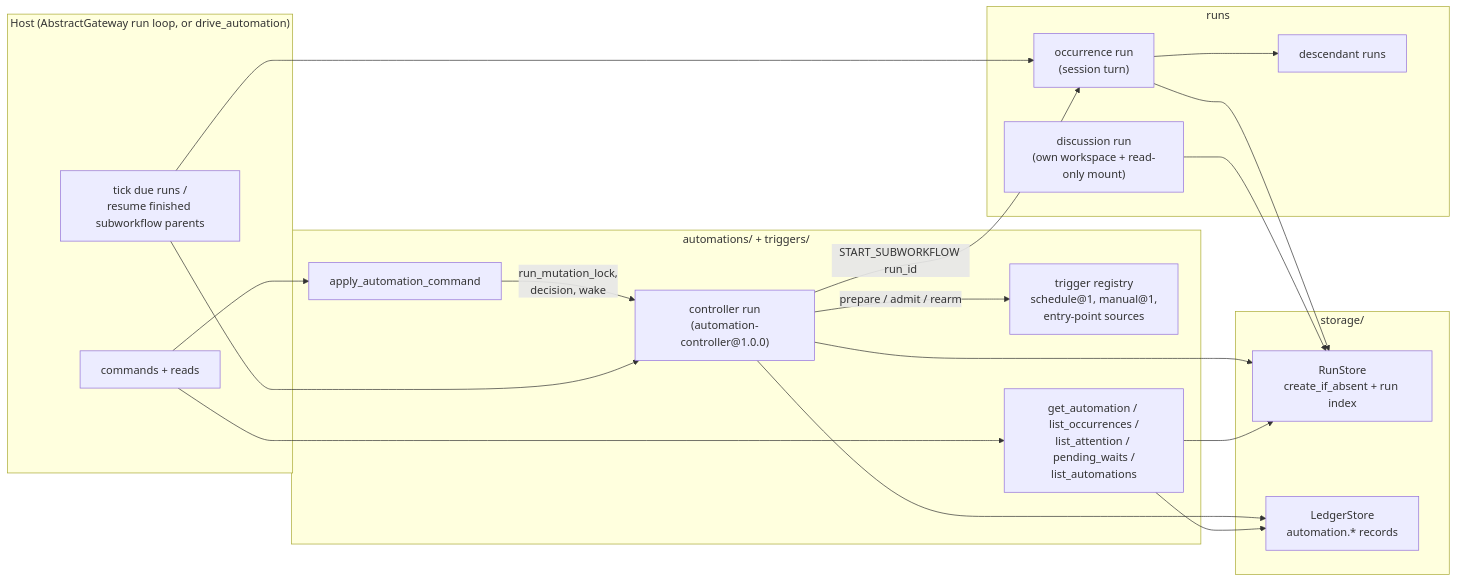
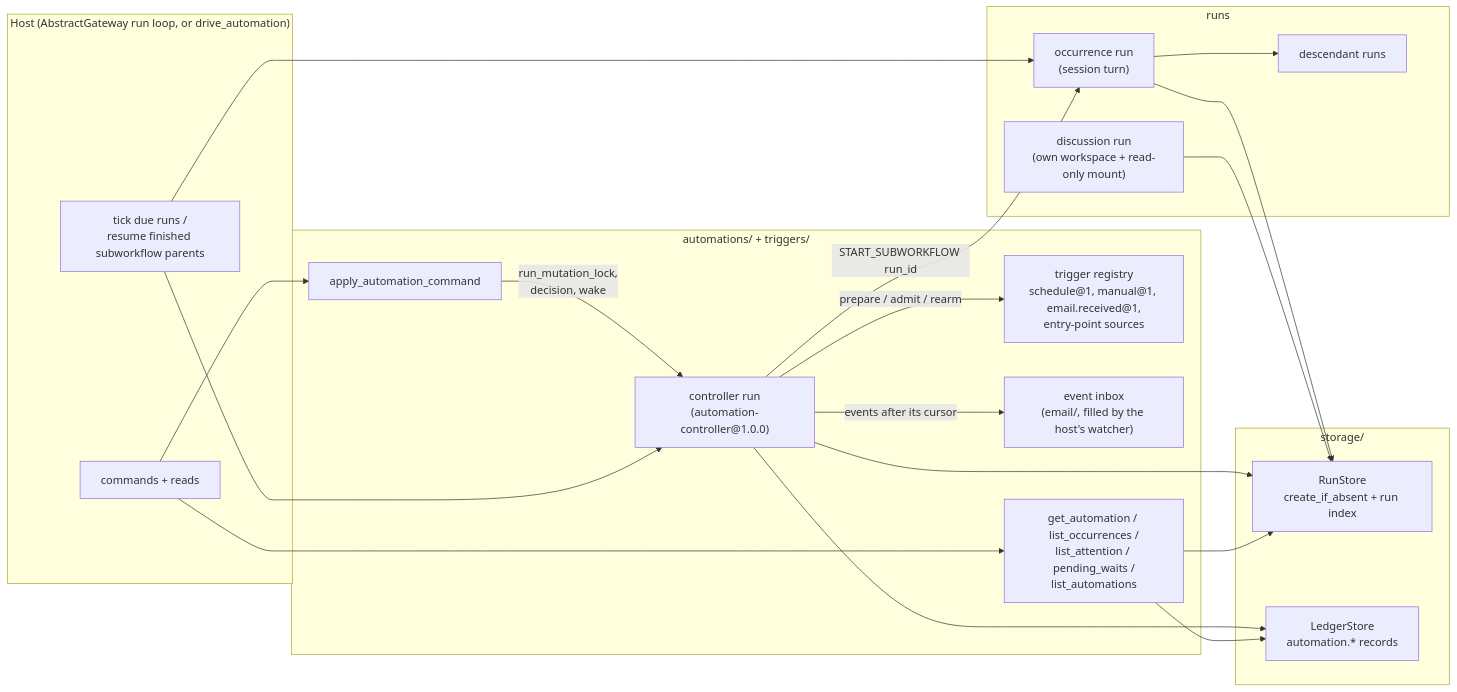
Before and after one commit to lpalbou/AbstractRuntime: the seventh of 7 diagrams in docs/architecture.md, drawn with Mermaid. The commit also changed other lines of this file and 15 other files, not shown here.

````diff
--- a/docs/architecture.md
+++ b/docs/architecture.md
@@ -326,37 +326,39 @@
 ```mermaid
 flowchart LR
   subgraph Host["Host (AbstractGateway run loop, or drive_automation)"]
     Loop["tick due runs /<br/>resume finished subworkflow parents"]
     API["commands + reads"]
   end
   subgraph Automations["automations/ + triggers/"]
     Commands["apply_automation_command"]
     Controller["controller run<br/>(automation-controller@1.0.0)"]
-    Triggers["trigger registry<br/>schedule@1, manual@1,<br/>entry-point sources"]
+    Triggers["trigger registry<br/>schedule@1, manual@1, email.received@1,<br/>entry-point sources"]
+    Inbox["event inbox<br/>(email/, filled by the host's watcher)"]
     Queries["get_automation / list_occurrences /<br/>list_attention / pending_waits /<br/>list_automations"]
   end
   subgraph Runs["runs"]
     Occ["occurrence run<br/>(session turn)"]
     Desc["descendant runs"]
     Disc["discussion run<br/>(own workspace + read-only mount)"]
   end
   subgraph Stores["storage/"]
     RS["RunStore<br/>create_if_absent + run index"]
     LS["LedgerStore<br/>automation.* records"]
   end
 
   API --> Commands
   API --> Queries
   Commands -->|"run_mutation_lock,<br/>decision, wake"| Controller
   Loop --> Controller
   Loop --> Occ
   Controller -->|"prepare / admit / rearm"| Triggers
+  Controller -->|"events after its cursor"| Inbox
   Controller -->|"START_SUBWORKFLOW run_id"| Occ
   Occ --> Desc
   Controller --> RS
   Controller --> LS
   Occ --> RS
   Disc --> RS
   Queries --> RS
   Queries --> LS
 ```
````
